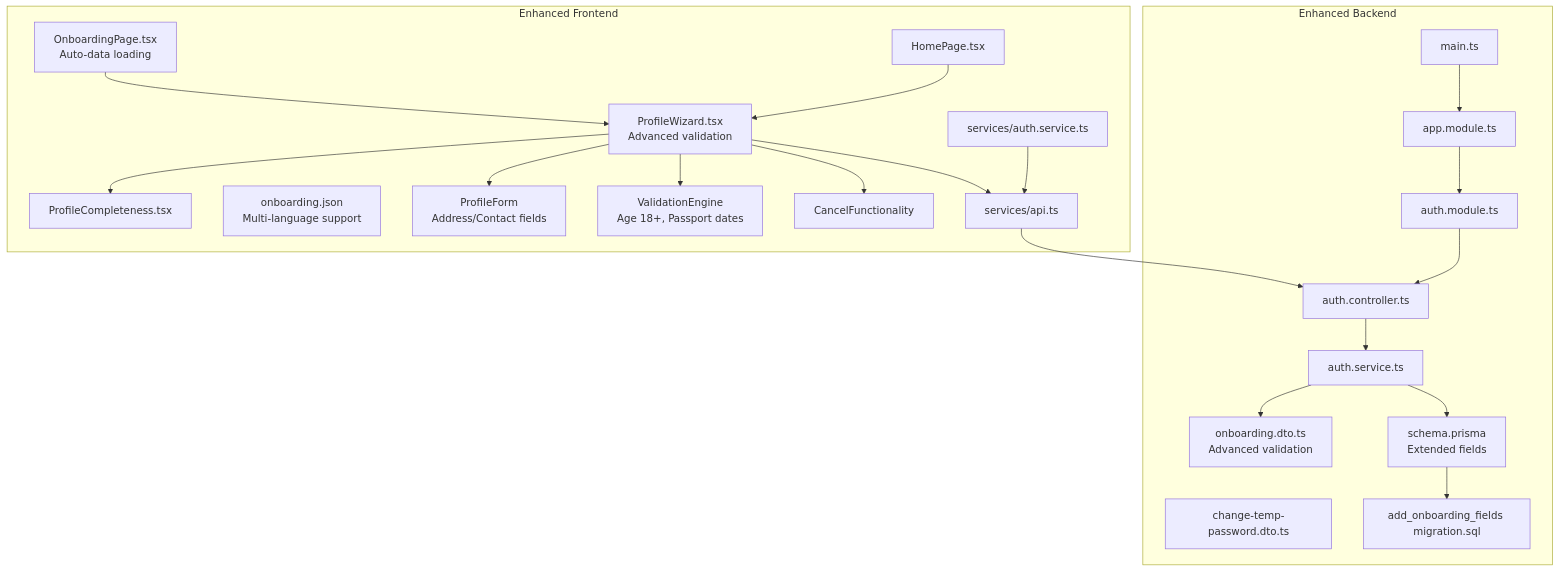
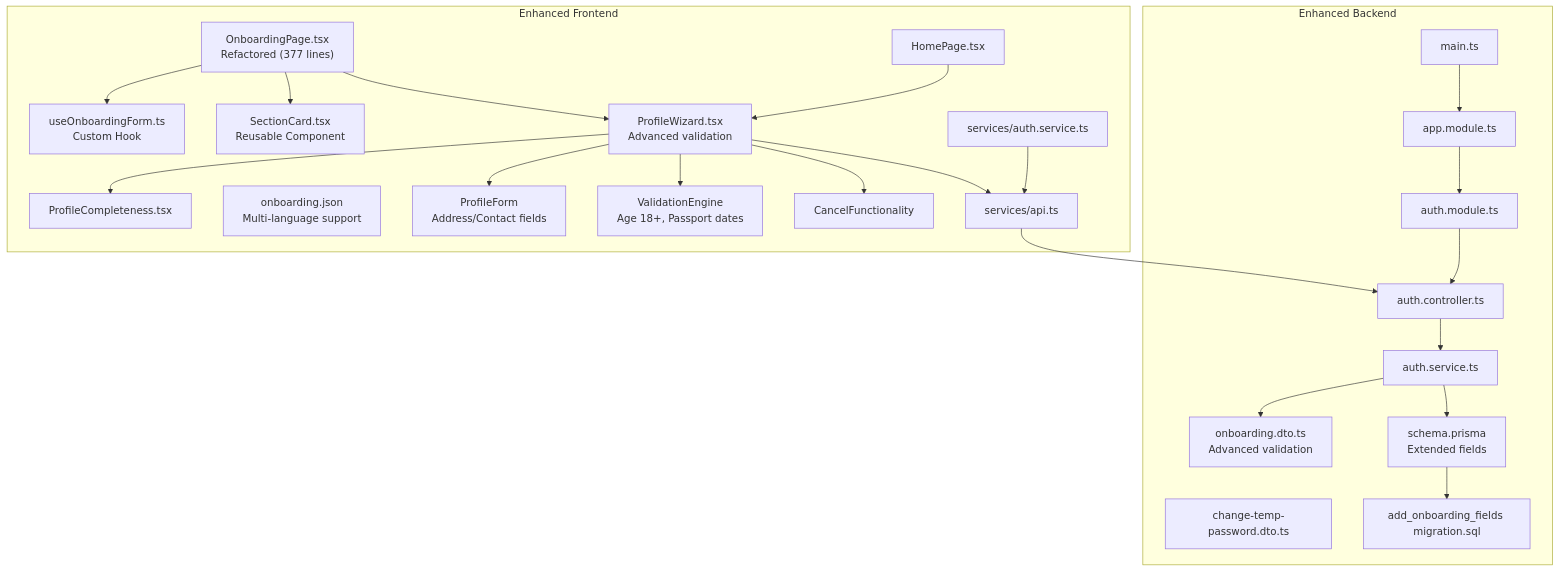
The first of 6 diagrams in .qoder/repowiki/en/content/Arquitetura Backend/Sistema Obrigatório de Onboarding.md (RobertRuas/windlog), drawn with Mermaid before and after one commit. The commit also changed other lines of this file and 105 other files, not shown here.

````diff
--- a/.qoder/repowiki/en/content/Arquitetura Backend/Sistema Obrigatório de Onboarding.md
+++ b/.qoder/repowiki/en/content/Arquitetura Backend/Sistema Obrigatório de Onboarding.md
@@ -63,42 +67,46 @@
 ```mermaid
 graph TB
 subgraph "Enhanced Frontend"
-OP["OnboardingPage.tsx<br/>Auto-data loading"]
+OP["OnboardingPage.tsx<br/>Refactored (377 lines)"]
+UOF["useOnboardingForm.ts<br/>Custom Hook"]
+SC["SectionCard.tsx<br/>Reusable Component"]
 HP["HomePage.tsx"]
 PW["ProfileWizard.tsx<br/>Advanced validation"]
 PC["ProfileCompleteness.tsx"]
 I18N["onboarding.json<br/>Multi-language support"]
 SAPI["services/api.ts"]
 SAUTH["services/auth.service.ts"]
 PF["ProfileForm<br/>Address/Contact fields"]
 PV["ValidationEngine<br/>Age 18+, Passport dates"]
 CF["CancelFunctionality"]
 end
 subgraph "Enhanced Backend"
 AC["auth.controller.ts"]
 AS["auth.service.ts"]
 ADTO["onboarding.dto.ts<br/>Advanced validation"]
 CTPDTO["change-temp-password.dto.ts"]
 SCHEMA["schema.prisma<br/>Extended fields"]
 MIG["add_onboarding_fields migration.sql"]
 AMOD["auth.module.ts"]
 APPMOD["app.module.ts"]
 MAIN["main.ts"]
 end
+OP --> UOF
+OP --> SC
 OP --> PW
 HP --> PW
 PW --> PC
 PW --> PF
 PW --> PV
 PW --> CF
 PW --> SAPI
 SAPI --> AC
 AC --> AS
 AS --> ADTO
 AS --> SCHEMA
 SCHEMA --> MIG
 AMOD --> AC
 APPMOD --> AMOD
 MAIN --> APPMOD
 SAUTH --> SAPI
 ```
````
